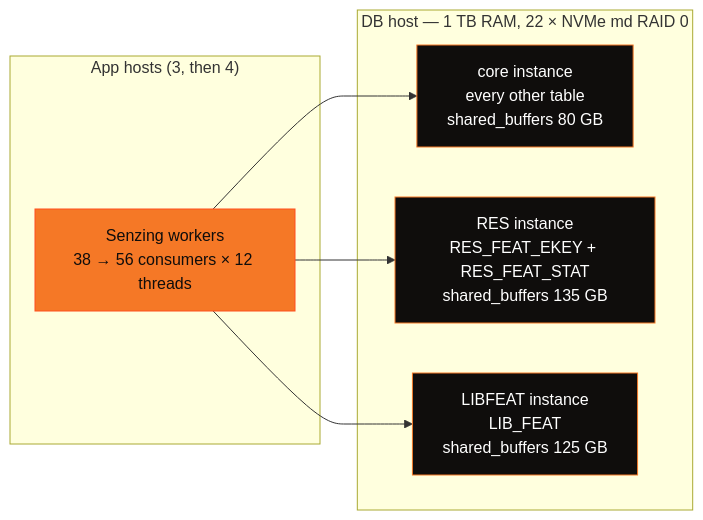
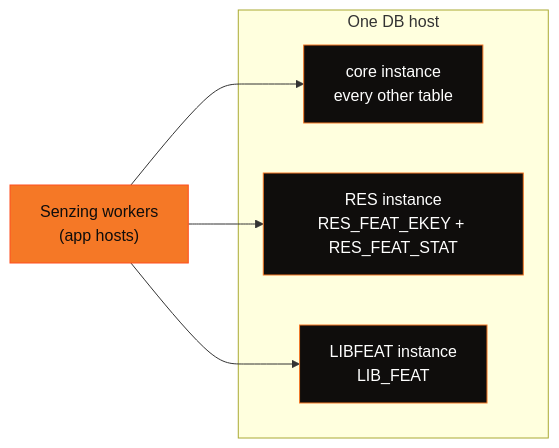
The diagram in README.md (Senzing/postgresql-performance-v4), drawn with Mermaid before and after one commit. The commit also changed other lines of this file, not shown here.

````diff
--- a/README.md
+++ b/README.md
@@ -126,18 +154,16 @@
 ```mermaid
 flowchart LR
-    subgraph APP["App hosts (3, then 4)"]
-        W["Senzing workers<br/>38 → 56 consumers × 12 threads"]
-    end
-    subgraph DB["DB host — 1 TB RAM, 22 × NVMe md RAID 0"]
-        C["core instance<br/>every other table<br/>shared_buffers 80 GB"]
-        R["RES instance<br/>RES_FEAT_EKEY + RES_FEAT_STAT<br/>shared_buffers 135 GB"]
-        L["LIBFEAT instance<br/>LIB_FEAT<br/>shared_buffers 125 GB"]
+    W["Senzing workers<br/>(app hosts)"]
+    subgraph DB["One DB host"]
+        C["core instance<br/>every other table"]
+        R["RES instance<br/>RES_FEAT_EKEY + RES_FEAT_STAT"]
+        L["LIBFEAT instance<br/>LIB_FEAT"]
     end
     W --> C
     W --> R
     W --> L
     classDef ember fill:#F57826,stroke:#FF4E1F,color:#0F0D0C
     classDef obsidian fill:#0F0D0C,stroke:#F57826,color:#FFFFFF
     class W ember
     class C,R,L obsidian
 ```
````
